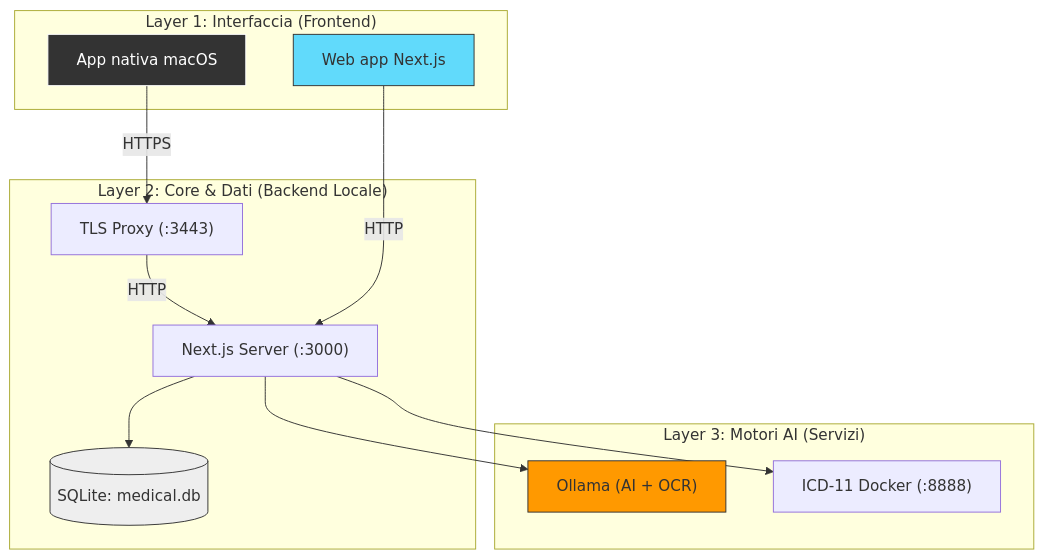
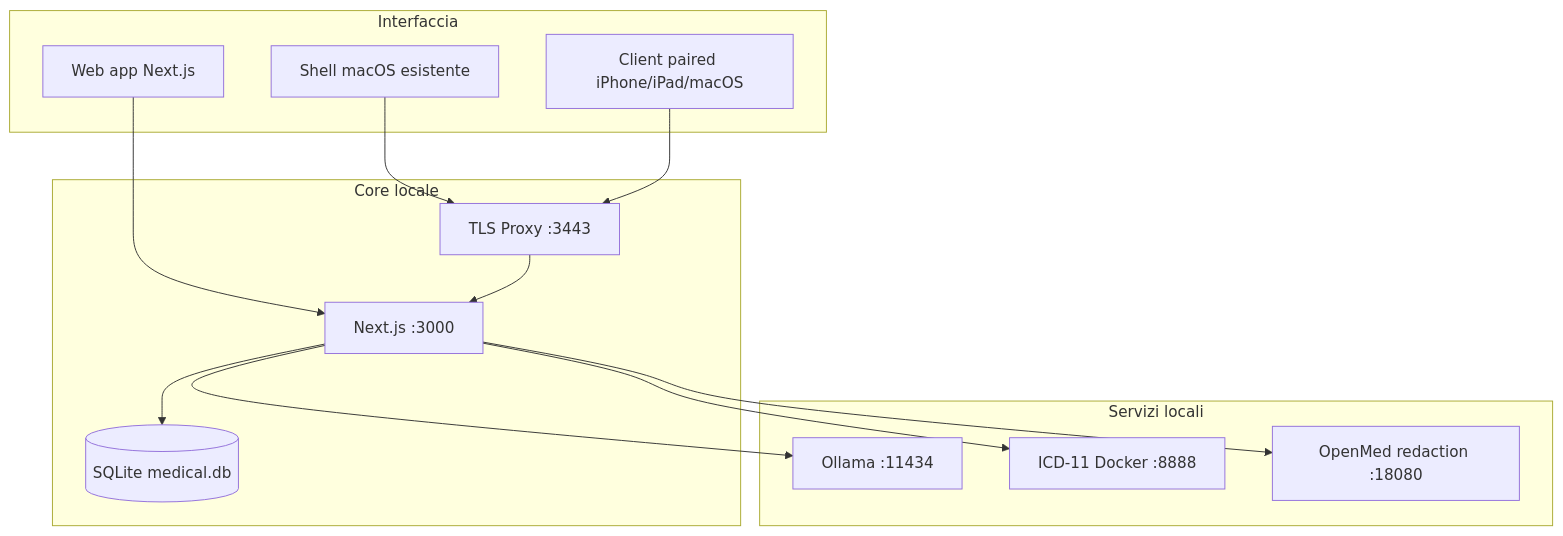
The diagram in docs/ARCHITETTURA.md (Wulfgardr/mediflow), drawn with Mermaid before and after one commit. The commit also changed other lines of this file and 470 other files, not shown here.

````diff
--- a/docs/ARCHITETTURA.md
+++ b/docs/ARCHITETTURA.md
@@ -23,30 +27,28 @@
 ```mermaid
-graph TD
-    subgraph "Layer 1: Interfaccia (Frontend)"
-        Native[App nativa macOS]
-        Web[Web app Next.js]
+flowchart TD
+    subgraph "Interfaccia"
+        Web["Web app Next.js"]
+        Mac["Shell macOS esistente"]
+        Peer["Client paired iPhone/iPad/macOS"]
     end
 
-    subgraph "Layer 2: Core & Dati (Backend Locale)"
-        Proxy["TLS Proxy (:3443)"]
-        NextAPI["Next.js Server (:3000)"]
-        DB[(SQLite: medical.db)]
+    subgraph "Core locale"
+        TLS["TLS Proxy :3443"]
+        Next["Next.js :3000"]
+        DB[("SQLite medical.db")]
     end
 
-    subgraph "Layer 3: Motori AI (Servizi)"
-        Ollama["Ollama (AI + OCR)"]
-        ICD["ICD-11 Docker (:8888)"]
+    subgraph "Servizi locali"
+        Ollama["Ollama :11434"]
+        ICD["ICD-11 Docker :8888"]
+        OpenMed["OpenMed redaction :18080"]
     end
 
-    Native -->|HTTPS| Proxy
-    Proxy -->|HTTP| NextAPI
-    Web -->|HTTP| NextAPI
-    NextAPI --> DB
-    NextAPI --> Ollama
-    NextAPI --> ICD
-    
-    style Native fill:#333,stroke:#fff,color:#fff
-    style Web fill:#61dafb,stroke:#333
-    style DB fill:#eee,stroke:#333
-    style Ollama fill:#ff9900,stroke:#333
+    Web --> Next
+    Mac --> TLS --> Next
+    Peer --> TLS
+    Next --> DB
+    Next --> Ollama
+    Next --> ICD
+    Next --> OpenMed
 ```
````
